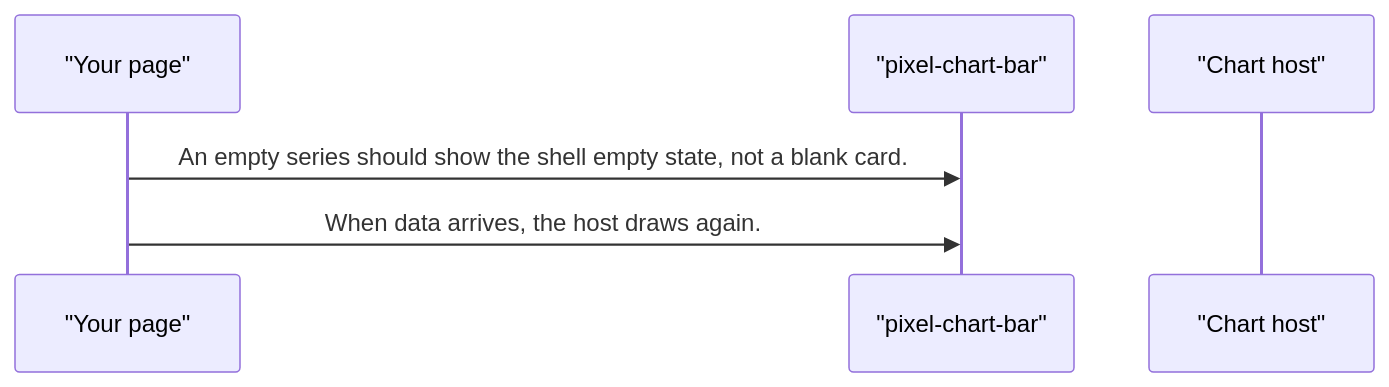
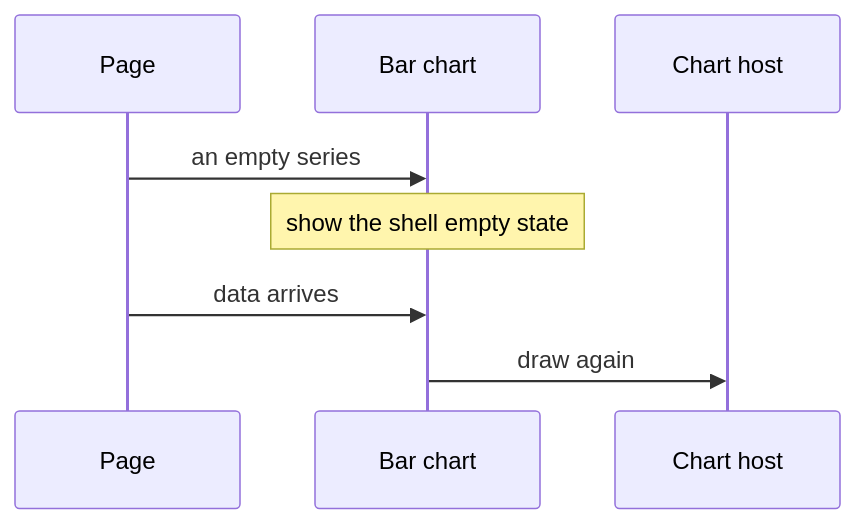
One commit to RajshekharBorate/pixel-ui changed the third of 5 diagrams in projects/pixel-ui/src/lib/pixel-chart-bar/DESIGN.md. Above: the diagram before and after it, drawn with Mermaid. The commit also changed other lines of this file and 73 other files, not shown here.

Commit message:
Explain who owns each value and what each flow does in every component and service design.

````diff
--- a/projects/pixel-ui/src/lib/pixel-chart-bar/DESIGN.md
+++ b/projects/pixel-ui/src/lib/pixel-chart-bar/DESIGN.md
@@ -71,8 +89,10 @@
 ```mermaid
 sequenceDiagram
-  participant page as "Your page"
-  participant plot as "pixel-chart-bar"
-  participant host as "Chart host"
-  page->>plot: An empty series should show the shell empty state, not a blank card.
-  page->>plot: When data arrives, the host draws again.
+  participant Page
+  participant Plot as Bar chart
+  participant Host as Chart host
+  Page->>Plot: an empty series
+  Note over Plot: show the shell empty state
+  Page->>Plot: data arrives
+  Plot->>Host: draw again
 ```
````
